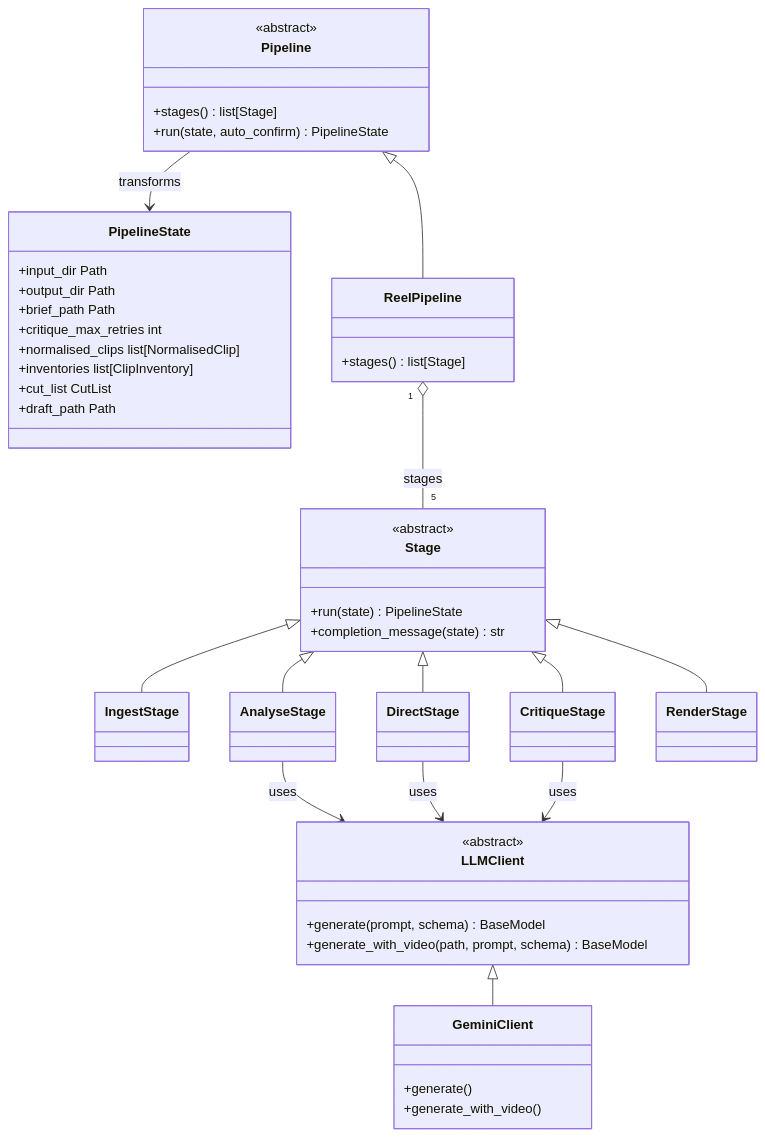
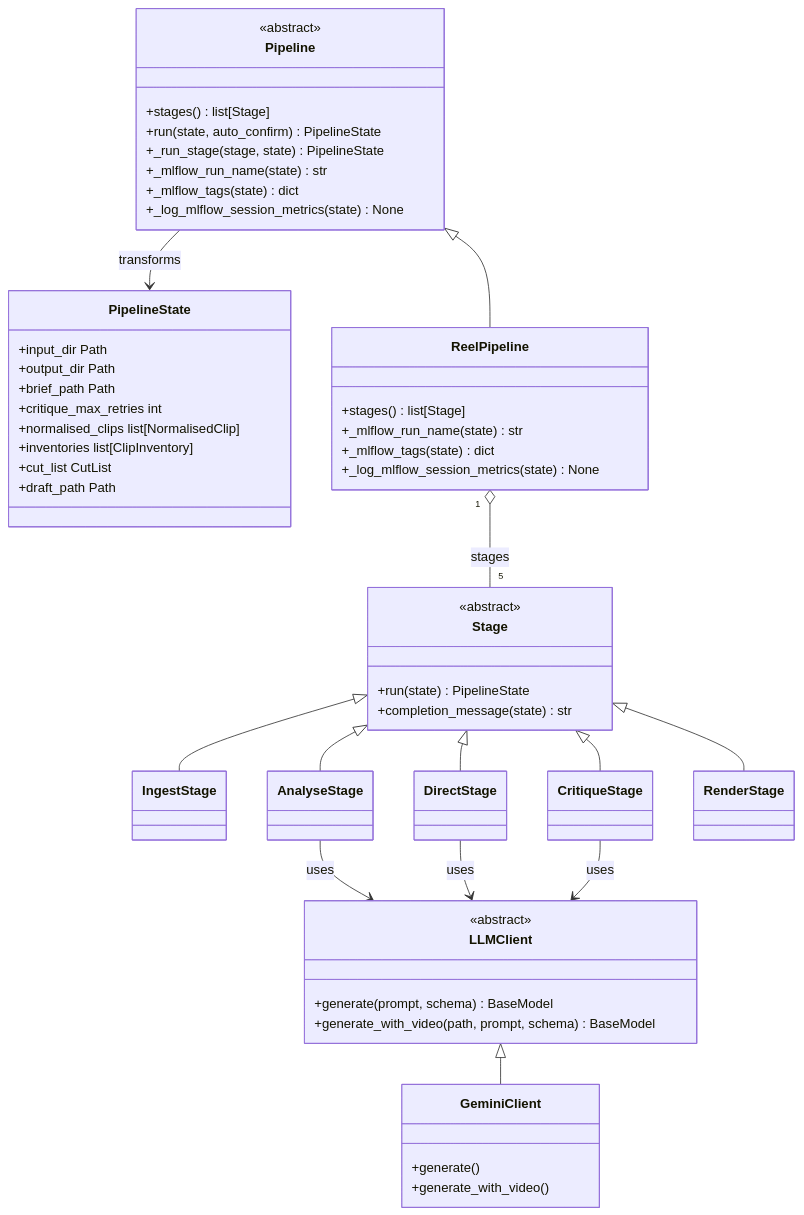
The fourth of 4 diagrams in ARCHITECTURE.md (jyjulianwong/LasagnaStack), drawn with Mermaid before and after one commit. The commit also changed other lines of this file and 3 other files, not shown here.

````diff
--- a/ARCHITECTURE.md
+++ b/ARCHITECTURE.md
@@ -120,60 +120,67 @@
 ```mermaid
 classDiagram
     class Pipeline {
         <<abstract>>
         +stages() list[Stage]
         +run(state, auto_confirm) PipelineState
+        +_run_stage(stage, state) PipelineState
+        +_mlflow_run_name(state) str
+        +_mlflow_tags(state) dict
+        +_log_mlflow_session_metrics(state) None
     }
 
     class Stage {
         <<abstract>>
         +run(state) PipelineState
         +completion_message(state) str
     }
 
     class PipelineState {
         +input_dir Path
         +output_dir Path
         +brief_path Path
         +critique_max_retries int
         +normalised_clips list[NormalisedClip]
         +inventories list[ClipInventory]
         +cut_list CutList
         +draft_path Path
     }
 
     class LLMClient {
         <<abstract>>
         +generate(prompt, schema) BaseModel
         +generate_with_video(path, prompt, schema) BaseModel
     }
 
     class ReelPipeline {
         +stages() list[Stage]
+        +_mlflow_run_name(state) str
+        +_mlflow_tags(state) dict
+        +_log_mlflow_session_metrics(state) None
     }
 
     class GeminiClient {
         +generate()
         +generate_with_video()
     }
 
     class IngestStage
     class AnalyseStage
     class DirectStage
     class CritiqueStage
     class RenderStage
 
     Pipeline  <|-- ReelPipeline
     Stage     <|-- IngestStage
     Stage     <|-- AnalyseStage
     Stage     <|-- DirectStage
     Stage     <|-- CritiqueStage
     Stage     <|-- RenderStage
     LLMClient <|-- GeminiClient
 
     ReelPipeline  "1" o-- "5" Stage       : stages
     Pipeline           --> PipelineState  : transforms
     AnalyseStage       --> LLMClient      : uses
     DirectStage        --> LLMClient      : uses
     CritiqueStage      --> LLMClient      : uses
 ```
````
